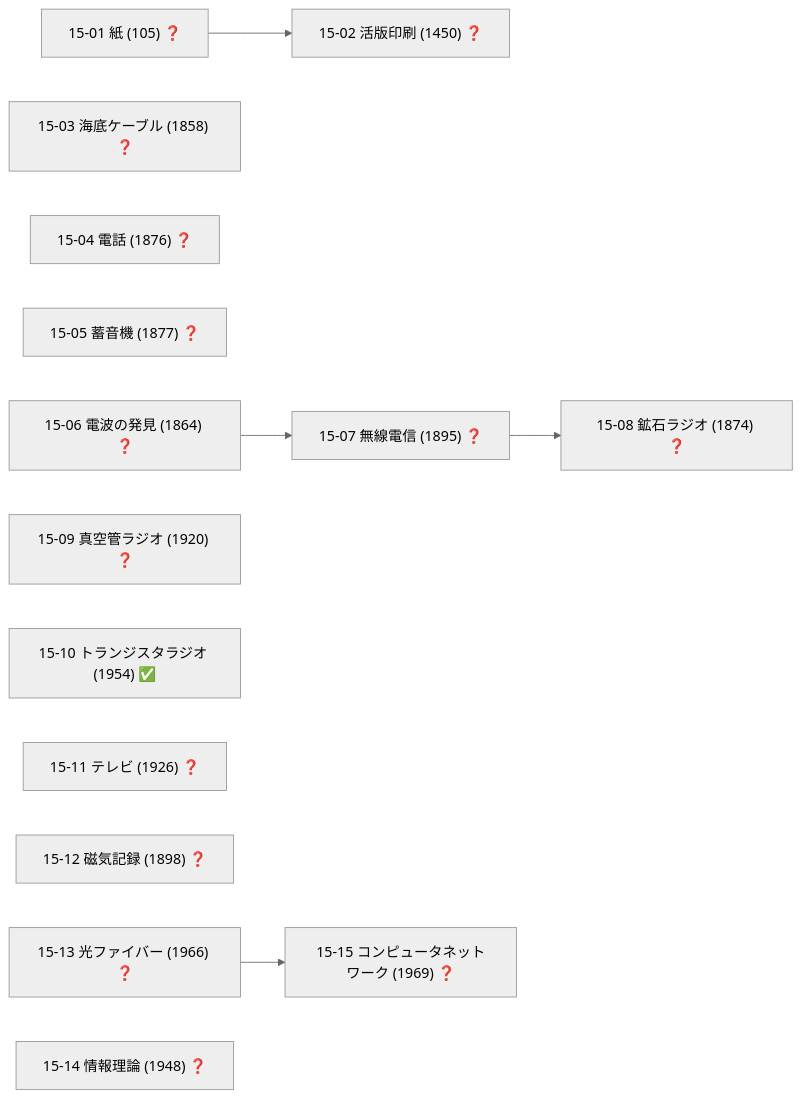
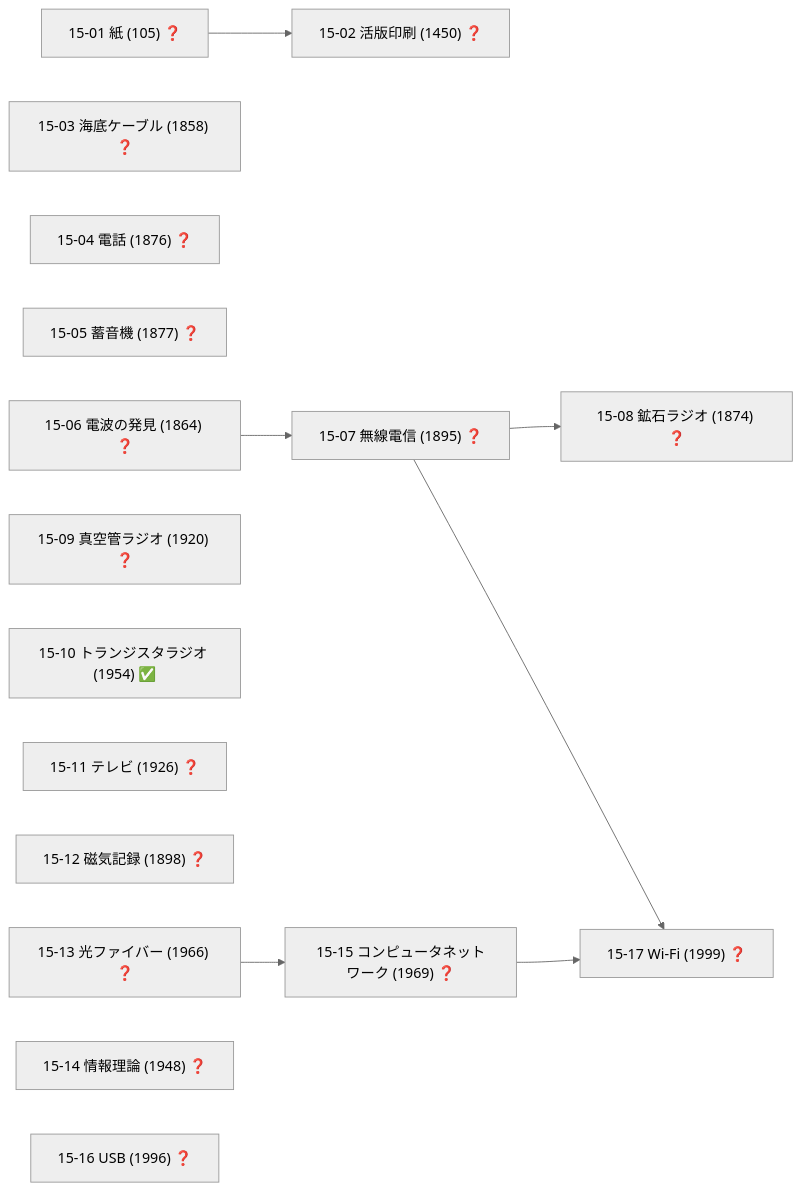
One commit to taku3i0317-collab/semiconductor-lab changed diagram 18 of 19 in docs/TECH_TREE_VIEW.md. Above: the diagram before and after it, drawn with Mermaid (neutral theme). The commit also changed other lines of this file and 12 other files, not shown here.

````diff
--- a/docs/TECH_TREE_VIEW.md
+++ b/docs/TECH_TREE_VIEW.md
@@ -823,22 +844,26 @@
 ```mermaid
 graph LR
   n15_01["15-01 紙 (105) ❓"]
   n15_02["15-02 活版印刷 (1450) ❓"]
   n15_03["15-03 海底ケーブル (1858) ❓"]
   n15_04["15-04 電話 (1876) ❓"]
   n15_05["15-05 蓄音機 (1877) ❓"]
   n15_06["15-06 電波の発見 (1864) ❓"]
   n15_07["15-07 無線電信 (1895) ❓"]
   n15_08["15-08 鉱石ラジオ (1874) ❓"]
   n15_09["15-09 真空管ラジオ (1920) ❓"]
   n15_10["15-10 トランジスタラジオ (1954) ✅"]
   n15_11["15-11 テレビ (1926) ❓"]
   n15_12["15-12 磁気記録 (1898) ❓"]
   n15_13["15-13 光ファイバー (1966) ❓"]
   n15_14["15-14 情報理論 (1948) ❓"]
   n15_15["15-15 コンピュータネットワーク (1969) ❓"]
+  n15_16["15-16 USB (1996) ❓"]
+  n15_17["15-17 Wi-Fi (1999) ❓"]
   n15_01-->n15_02
   n15_06-->n15_07
   n15_07-->n15_08
   n15_13-->n15_15
+  n15_07-->n15_17
+  n15_15-->n15_17
 ```
````
